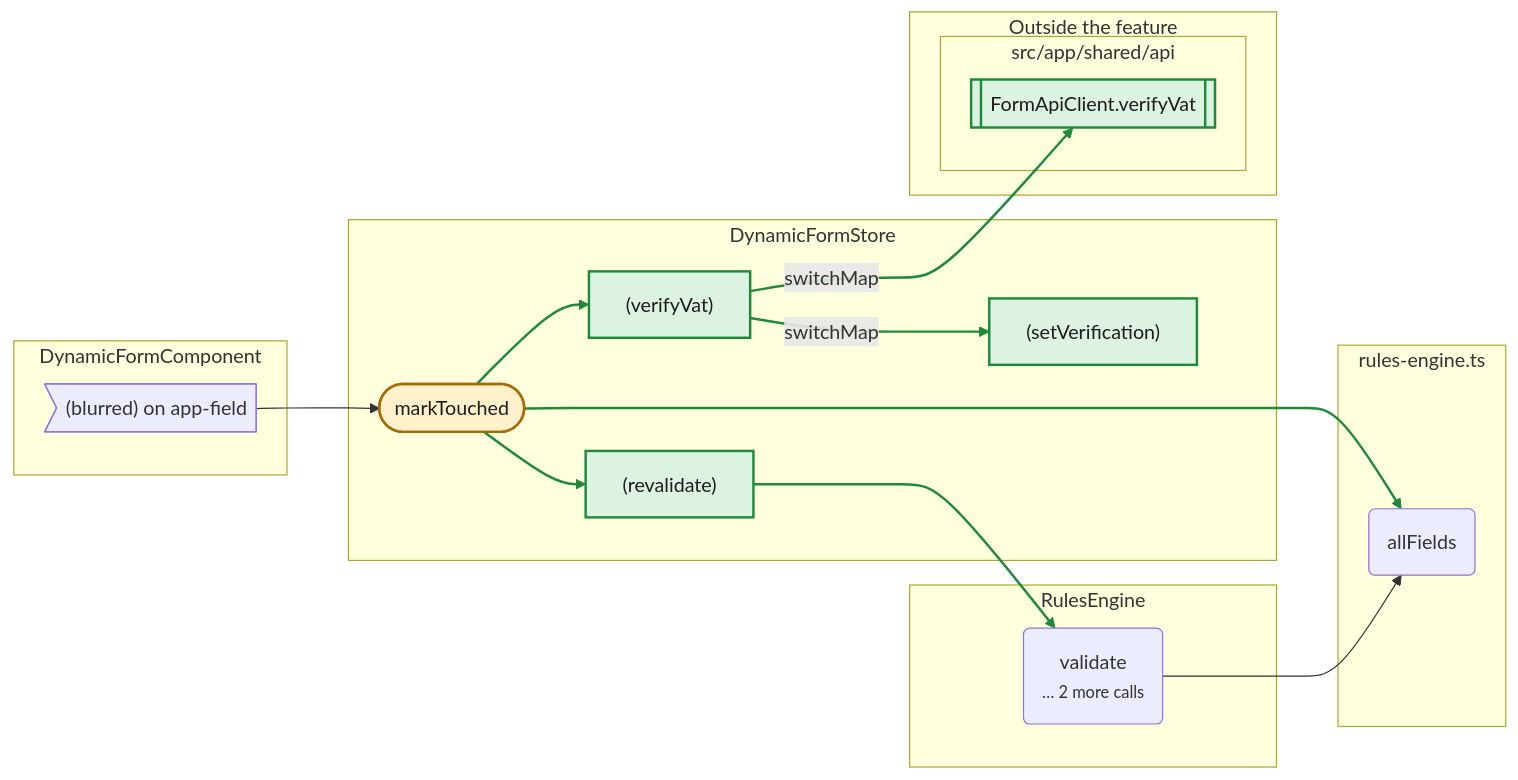
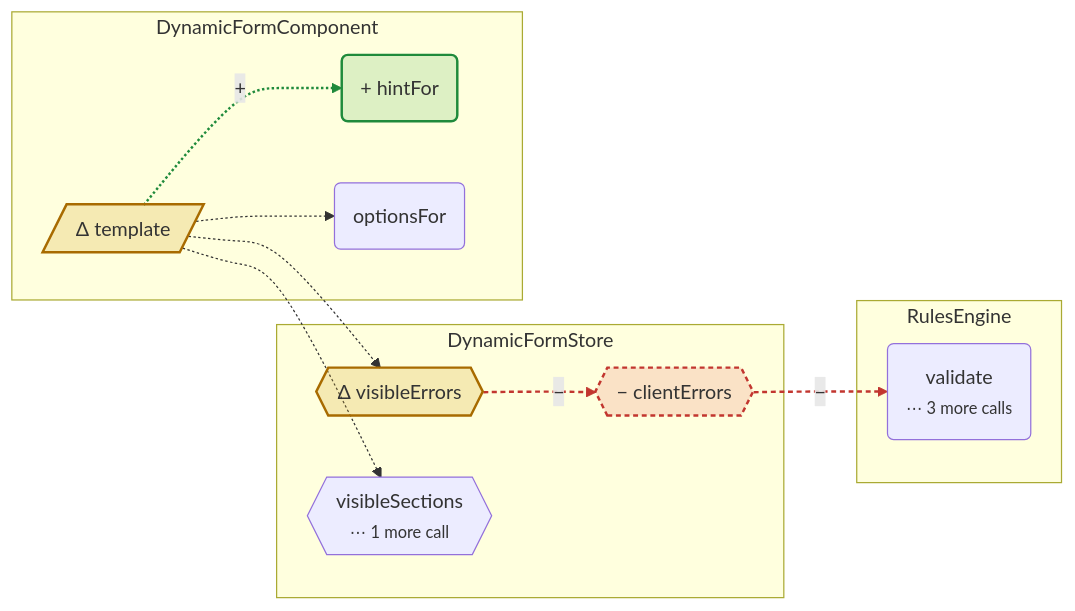
The second of 6 diagrams in examples/callgraph-diff/comment.md (tstapleton/playground), drawn with Mermaid before and after one commit. The commit also changed other lines of this file and 3 other files, not shown here.

First line of the commit message:
Regenerate the call graph demo, and note that signal-trace became plotline

````diff
--- a/examples/callgraph-diff/comment.md
+++ b/examples/callgraph-diff/comment.md
@@ -65,41 +101,31 @@
 ```mermaid
 flowchart LR
   subgraph g0["DynamicFormStore"]
-    n1["(revalidate)"]
-    n2["(setVerification)"]
-    n3["(verifyVat)"]
-    n4(["markTouched"])
+    n3{{"− clientErrors"}}
+    n4{{"Δ visibleErrors"}}
+    n5{{"visibleSections<br/><small>⋯ 1 more call</small>"}}
   end
-  subgraph g1["RulesEngine"]
-    n5("validate<br/><small>… 2 more calls</small>")
+  subgraph g1["DynamicFormComponent"]
+    n0("+ hintFor")
+    n1("optionsFor")
+    n2[/"Δ template"/]
   end
-  subgraph g2["DynamicFormComponent"]
-    n0>"(blurred) on app-field"]
+  subgraph g2["RulesEngine"]
+    n6("validate<br/><small>⋯ 3 more calls</small>")
   end
-  subgraph g3["rules-engine.ts"]
-    n6("allFields")
-  end
-  subgraph outside["Outside the feature"]
-    subgraph g4["src/app/shared/api"]
-      n7[["FormApiClient.verifyVat"]]
-    end
-  end
-  n0 --> n4
-  n1 --> n5
-  n3 -->|"switchMap"| n2
-  n3 -->|"switchMap"| n7
-  n4 --> n1
-  n4 --> n3
-  n4 --> n6
-  n5 --> n6
-  classDef added fill:#dcf3e1,stroke:#1f8a3b,stroke-width:2px,color:#1d1c1a
-  class n1,n2,n3,n7 added
-  classDef structural fill:#fff1cc,stroke:#a86b00,stroke-width:2px,color:#1d1c1a
-  class n4 structural
-  linkStyle 1 stroke:#1f8a3b,stroke-width:2px
-  linkStyle 2 stroke:#1f8a3b,stroke-width:2px
-  linkStyle 3 stroke:#1f8a3b,stroke-width:2px
-  linkStyle 4 stroke:#1f8a3b,stroke-width:2px
-  linkStyle 5 stroke:#1f8a3b,stroke-width:2px
-  linkStyle 6 stroke:#1f8a3b,stroke-width:2px
+  n2 -.->|"+"| n0
+  n2 -.-> n1
+  n2 -.-> n4
+  n2 -.-> n5
+  n3 -->|"−"| n6
+  n4 -.->|"−"| n3
+  classDef added fill:#2ea04329,stroke:#1f8a3b,stroke-width:2px
+  class n0 added
+  classDef removed fill:#da363324,stroke:#c2362f,stroke-width:2px,stroke-dasharray:4 3
+  class n3 removed
+  classDef changed fill:#d4a72c3d,stroke:#a86b00,stroke-width:2px
+  class n2,n4 changed
+  linkStyle 0 stroke:#1f8a3b,stroke-width:2px
+  linkStyle 4 stroke:#c2362f,stroke-width:2px,stroke-dasharray:4 3
+  linkStyle 5 stroke:#c2362f,stroke-width:2px,stroke-dasharray:4 3
 ```
````
